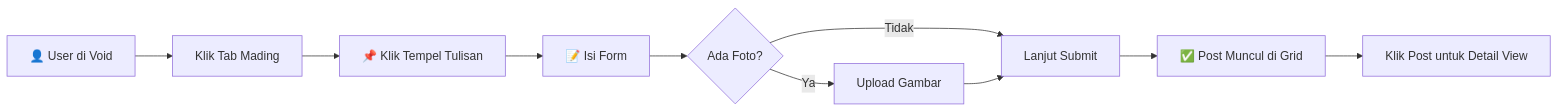
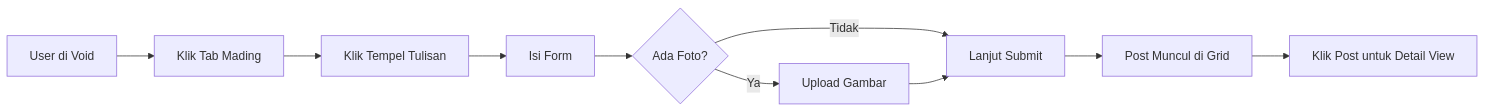
One commit to Marvx-US/AsahMemory changed the third of 5 diagrams in README.md. Above: the diagram before and after it, drawn with Mermaid. The commit also changed other lines of this file, not shown here.

````diff
--- a/README.md
+++ b/README.md
@@ -136,12 +136,12 @@
 ```mermaid
 flowchart LR
-    A[👤 User di Void] --> B[Klik Tab Mading]
-    B --> C[📌 Klik Tempel Tulisan]
-    C --> D[📝 Isi Form]
+    A[User di Void] --> B[Klik Tab Mading]
+    B --> C[Klik Tempel Tulisan]
+    C --> D[Isi Form]
     D --> E{Ada Foto?}
     E -->|Ya| F[Upload Gambar]
     E -->|Tidak| G[Lanjut Submit]
     F --> G
-    G --> H[✅ Post Muncul di Grid]
+    G --> H[Post Muncul di Grid]
     H --> I[Klik Post untuk Detail View]
 ```
````
